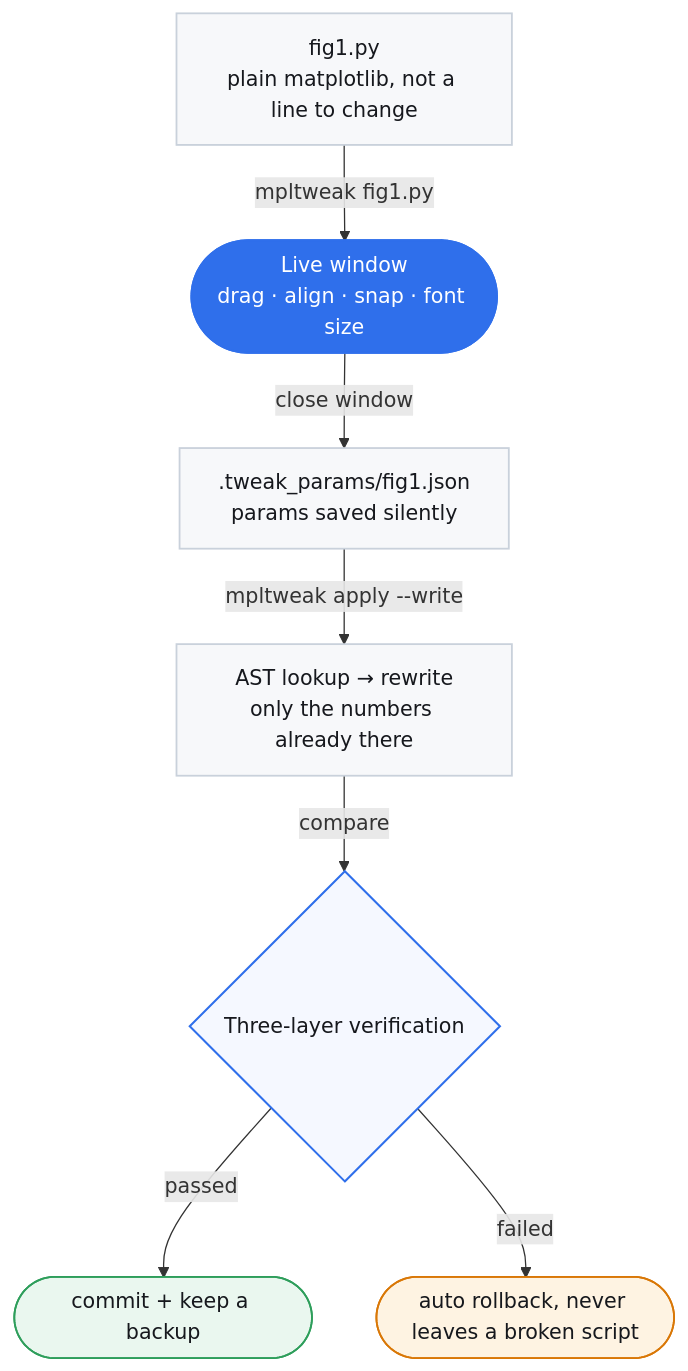
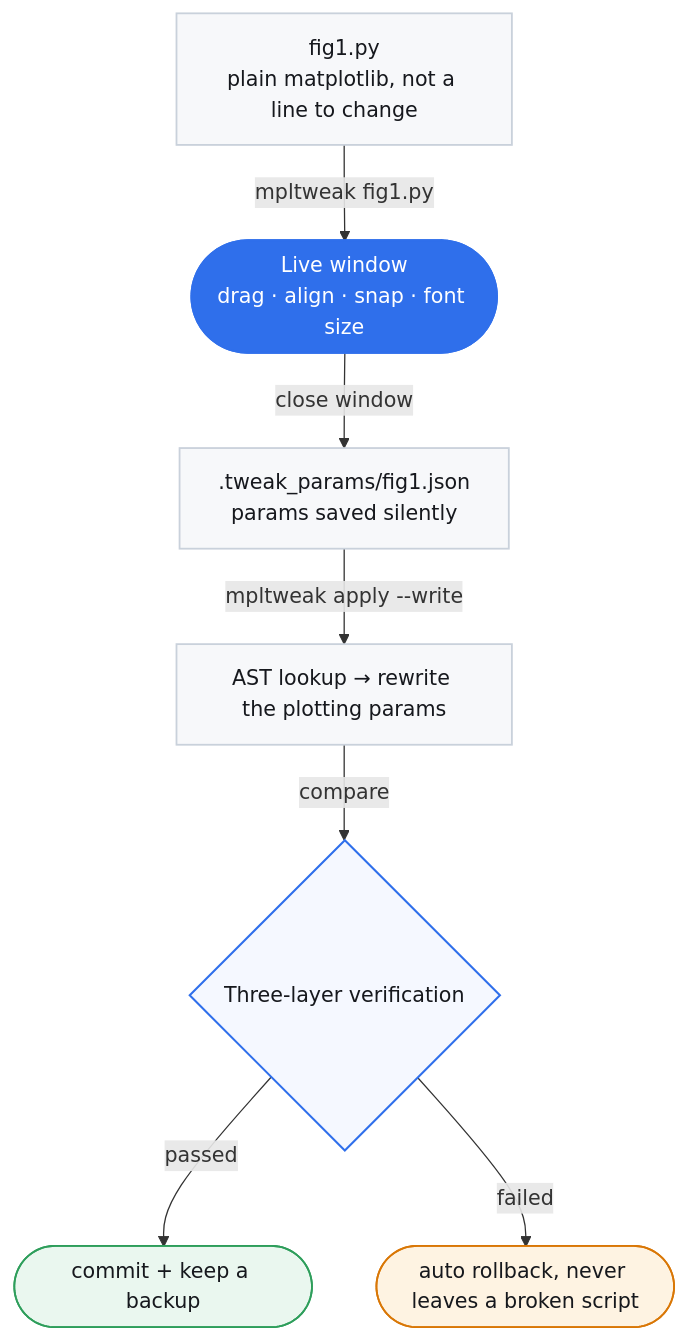
One commit to shdbl/mpltweak changed the diagram in README.en.md. Above: the diagram before and after it, drawn with Mermaid. The commit also changed other lines of this file and 1 other file, not shown here.

````diff
--- a/README.en.md
+++ b/README.en.md
@@ -56,23 +77,23 @@
 ```mermaid
 flowchart TD
     A["fig1.py<br/>plain matplotlib, not a line to change"]:::script
     B(["Live window<br/>drag · align · snap · font size"]):::win
     C[".tweak_params/fig1.json<br/>params saved silently"]:::script
-    D["AST lookup → rewrite<br/>only the numbers already there"]:::script
+    D["AST lookup → rewrite the plotting params"]:::script
     E{"Three-layer verification"}:::check
     F(["commit + keep a backup"]):::ok
     G(["auto rollback, never leaves a broken script"]):::bad
 
     A -->|mpltweak fig1.py| B
     B -->|close window| C
     C -->|mpltweak apply --write| D
     D -->|compare| E
     E -->|passed| F
     E -->|failed| G
 
     classDef script fill:#F7F8FA,stroke:#C9D1DB,stroke-width:1.4px,color:#16181D
     classDef win fill:#2F6FEB,stroke:#2F6FEB,stroke-width:1.6px,color:#FFFFFF
     classDef check fill:#F5F8FF,stroke:#2F6FEB,stroke-width:1.6px,color:#16181D
     classDef ok fill:#EAF7EF,stroke:#2E9E5B,stroke-width:1.4px,color:#16181D
     classDef bad fill:#FEF3E2,stroke:#D97706,stroke-width:1.4px,color:#16181D
 ```
````
